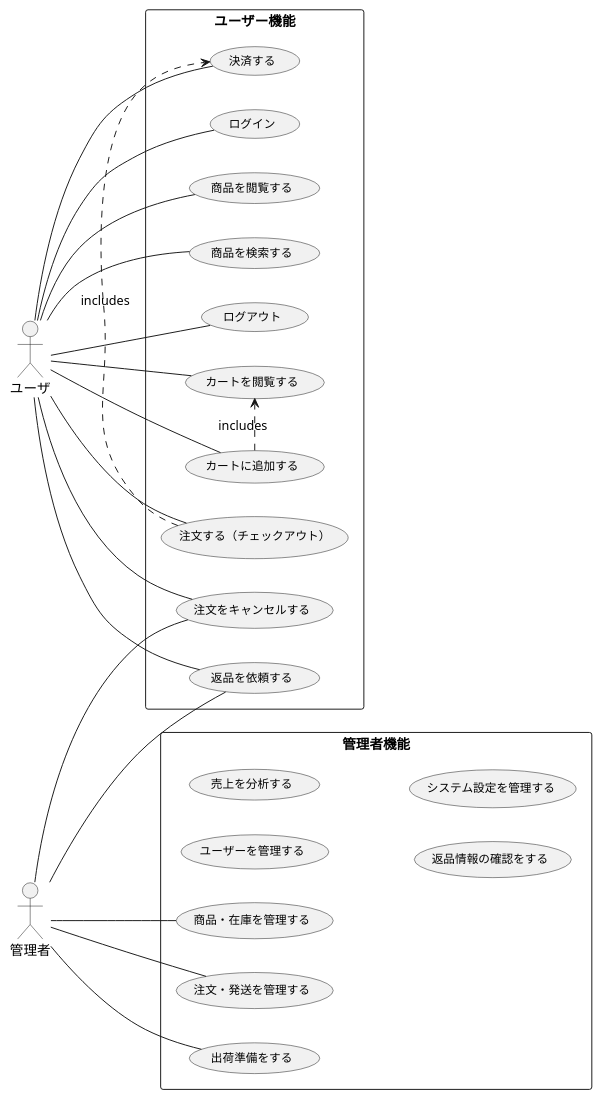
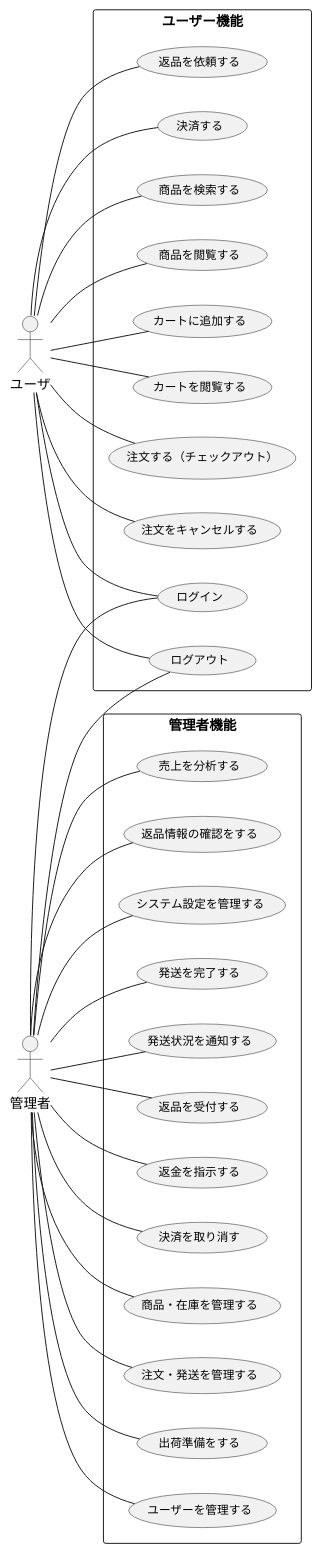
The diagram in BBshop/usecase.pu (ghbuser12/ohara_uml), drawn with PlantUML before and after one commit.

```diff
--- a/BBshop/usecase.pu
+++ b/BBshop/usecase.pu
@@ -1,53 +1,67 @@
 @startuml usecase_ec
 left to right direction
 skinparam usecase {
   FontSize 12
 }
 
 actor ユーザ as User
 actor 管理者 as Admin
 
 rectangle "ユーザー機能" {
   usecase UC01 as "ログイン"
   usecase UC02 as "ログアウト"
   usecase UC03 as "商品を検索する"
   usecase UC04 as "商品を閲覧する"
   usecase UC05 as "カートに追加する"
   usecase UC06 as "カートを閲覧する"
   usecase UC07 as "注文する（チェックアウト）"
   usecase UC08 as "注文をキャンセルする"
   usecase UC09 as "返品を依頼する"
   usecase UC10 as "決済する"
 }
 
 rectangle "管理者機能" {
   usecase UC11 as "商品・在庫を管理する"
   usecase UC12 as "注文・発送を管理する"
   usecase UC13 as "出荷準備をする"
   usecase UC14 as "ユーザーを管理する"
   usecase UC15 as "売上を分析する"
   usecase UC16 as "返品情報の確認をする"
   usecase UC17 as "システム設定を管理する"
+  usecase UC18 as "発送を完了する"
+  usecase UC19 as "発送状況を通知する"
+  usecase UC20 as "返品を受付する"
+  usecase UC21 as "返金を指示する"
+  usecase UC22 as "決済を取り消す"
 }
 
+' --- ユーザーの利用ユースケース ---
 User -- UC01
 User -- UC02
 User -- UC03
 User -- UC04
 User -- UC05
 User -- UC06
 User -- UC07
 User -- UC08
 User -- UC09
 User -- UC10
 
+' --- 管理者の利用ユースケース ---
+Admin -- UC01
+Admin -- UC02
 Admin -- UC11
 Admin -- UC12
-Admin -- UC08
-Admin -- UC09
 Admin -- UC13
+Admin -- UC14
+Admin -- UC15
+Admin -- UC16
+Admin -- UC17
+Admin -- UC18
+Admin -- UC19
+Admin -- UC20
+Admin -- UC21
+Admin -- UC22
 
-UC07 .> UC10 : includes
-UC05 .> UC06 : includes
 
 @enduml
```
